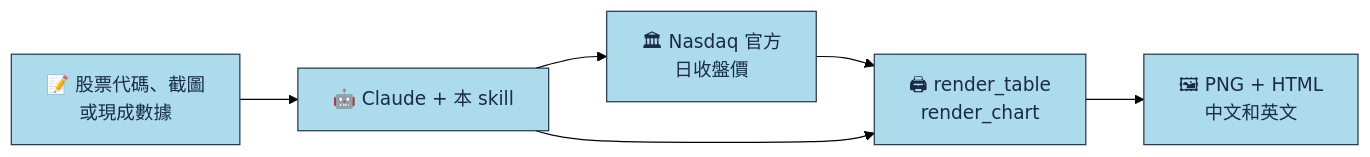
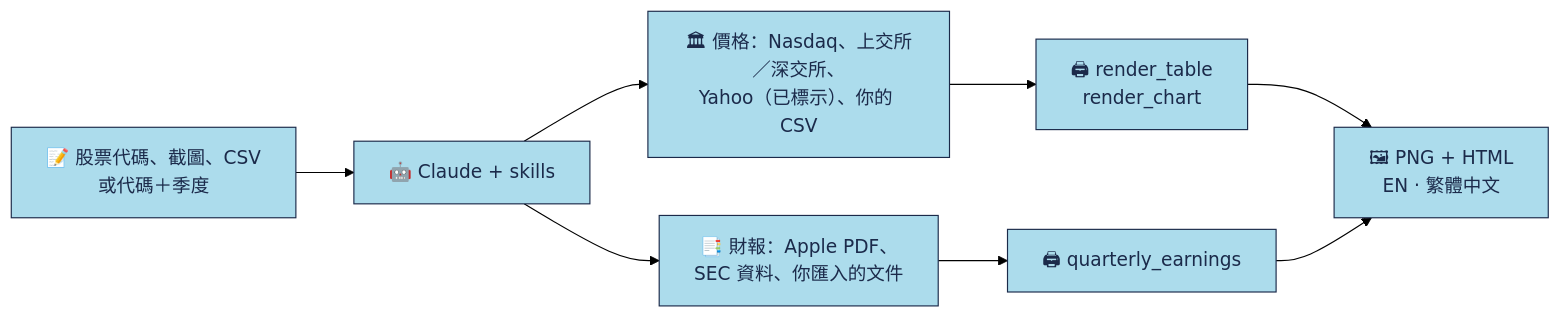
One commit to imoneys10k/schwab-table changed the diagram in README.zh-Hant.md. Above: the diagram before and after it, drawn with Mermaid (forest theme). The commit also changed other lines of this file and 15 other files, not shown here.

````diff
--- a/README.zh-Hant.md
+++ b/README.zh-Hant.md
@@ -36,10 +39,12 @@
 ```mermaid
 flowchart LR
-  A["📝 股票代碼、截圖<br/>或現成數據"] --> B["🤖 Claude + 本 skill"]
-  B --> C["🏛 Nasdaq 官方<br/>日收盤價"]
+  A["📝 股票代碼、截圖、CSV<br/>或代碼＋季度"] --> B["🤖 Claude + skills"]
+  B --> C["🏛 價格：Nasdaq、上交所／深交所、<br/>Yahoo（已標示）、你的 CSV"]
+  B --> F["📑 財報：Apple PDF、<br/>SEC 資料、你匯入的文件"]
   C --> D["🖨 render_table<br/>render_chart"]
-  B --> D
-  D --> E["🖼 PNG + HTML<br/>中文和英文"]
+  F --> G["🖨 quarterly_earnings"]
+  D --> E["🖼 PNG + HTML<br/>EN · 繁體中文"]
+  G --> E
   classDef n fill:#ACDCEC,stroke:#1B2A4A,color:#1B2A4A,stroke-width:1px;
-  class A,B,C,D,E n;
+  class A,B,C,D,E,F,G n;
 ```
````
